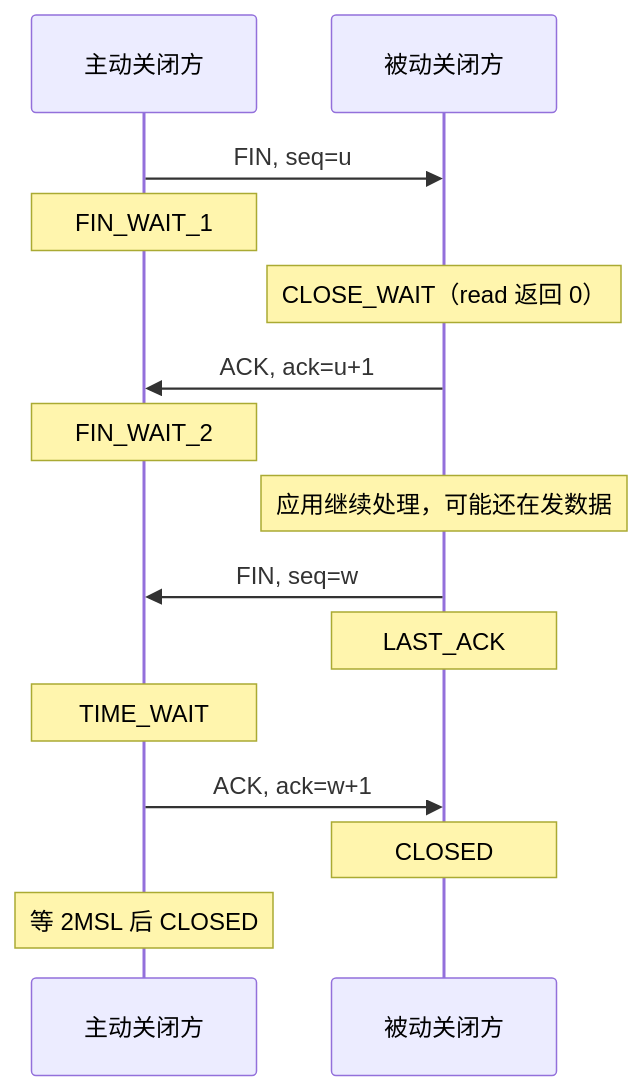
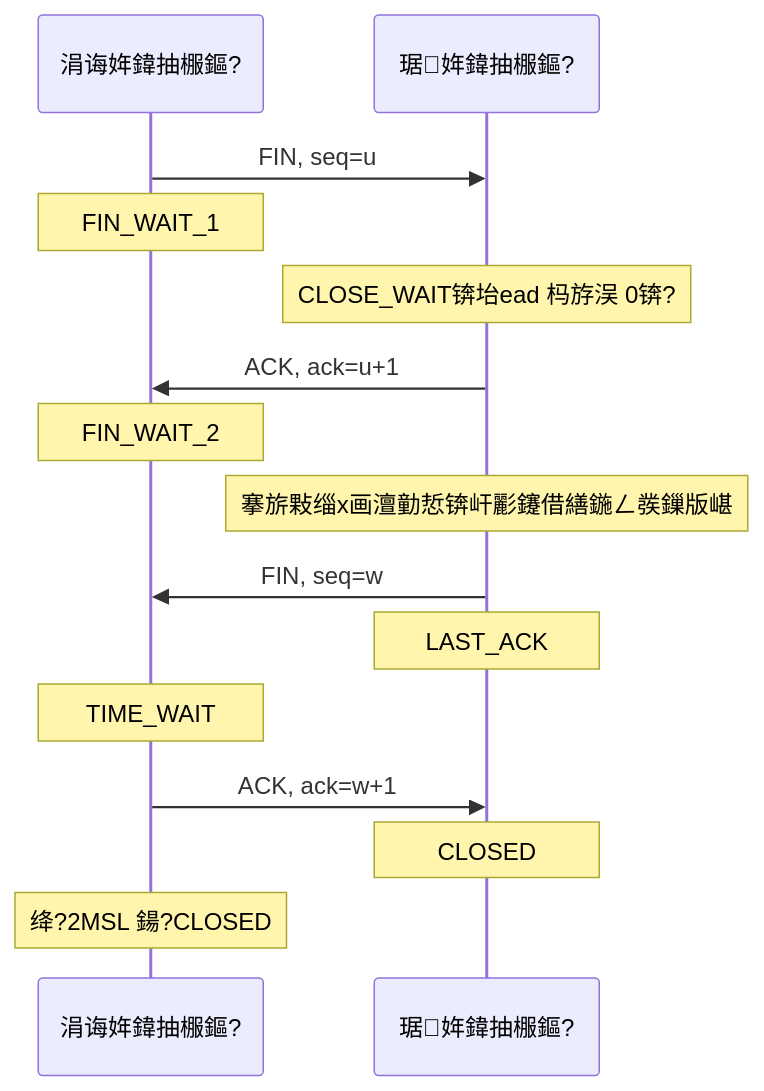
Before and after one commit to 495229520/obsidian_notes: the second of 3 diagrams in 3.Linux/7. 网络编程/02. TCP 协议/2.1 TCP协议基础.md, drawn with Mermaid. The commit also changed other lines of this file and 64 other files, not shown here.

````diff
--- a/3.Linux/7. 网络编程/02. TCP 协议/2.1 TCP协议基础.md
+++ b/3.Linux/7. 网络编程/02. TCP 协议/2.1 TCP协议基础.md
@@ -182,17 +110,17 @@
 ```mermaid
 sequenceDiagram
-    participant A as 主动关闭方
-    participant B as 被动关闭方
+    participant A as 涓诲姩鍏抽棴鏂?
+    participant B as 琚姩鍏抽棴鏂?
     A->>B: FIN, seq=u
     Note over A: FIN_WAIT_1
-    Note over B: CLOSE_WAIT（read 返回 0）
+    Note over B: CLOSE_WAIT锛坮ead 杩斿洖 0锛?
     B->>A: ACK, ack=u+1
     Note over A: FIN_WAIT_2
-    Note over B: 应用继续处理，可能还在发数据
+    Note over B: 搴旂敤缁х画澶勭悊锛屽彲鑳借繕鍦ㄥ彂鏁版嵁
     B->>A: FIN, seq=w
     Note over B: LAST_ACK
     Note over A: TIME_WAIT
     A->>B: ACK, ack=w+1
     Note over B: CLOSED
-    Note over A: 等 2MSL 后 CLOSED
+    Note over A: 绛?2MSL 鍚?CLOSED
 ```
````
